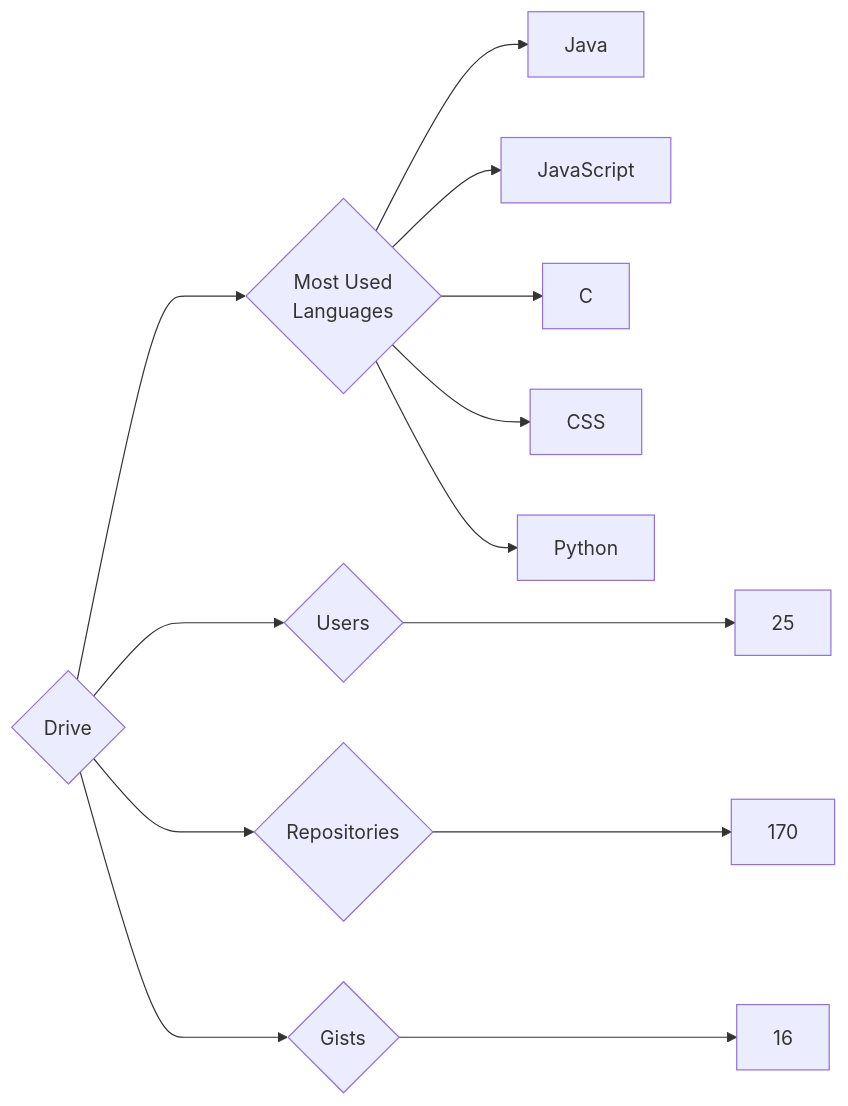
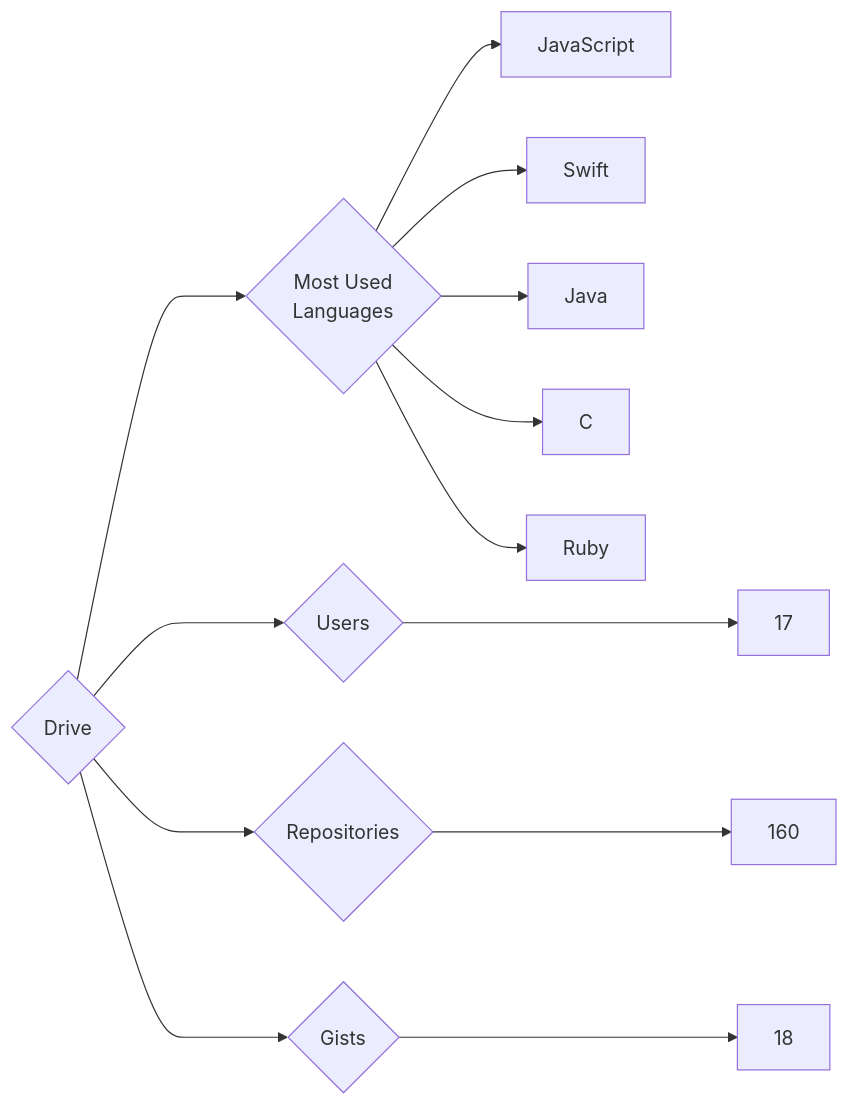
The diagram in targets/Drive/README.md (trickest/insiders), drawn with Mermaid before and after one commit. The commit also changed 924 other files, not shown here.

````diff
--- a/targets/Drive/README.md
+++ b/targets/Drive/README.md
@@ -3,13 +3,13 @@
 ```mermaid
 graph LR
 COMPANY_NAME{Drive}
-COMPANY_NAME ---> U{Users} ---> UN[25]
-COMPANY_NAME ---> R{Repositories} ---> RN[170]
-COMPANY_NAME ---> G{Gists} ---> GN[16]
+COMPANY_NAME ---> U{Users} ---> UN[17]
+COMPANY_NAME ---> R{Repositories} ---> RN[160]
+COMPANY_NAME ---> G{Gists} ---> GN[18]
 COMPANY_NAME ---> ML{Most Used<br>Languages}
+ML --> JavaScript[JavaScript]
+ML --> Swift[Swift]
 ML --> Java[Java]
-ML --> JavaScript[JavaScript]
 ML --> C[C]
-ML --> CSS[CSS]
-ML --> Python[Python]
+ML --> Ruby[Ruby]
 ```
````
